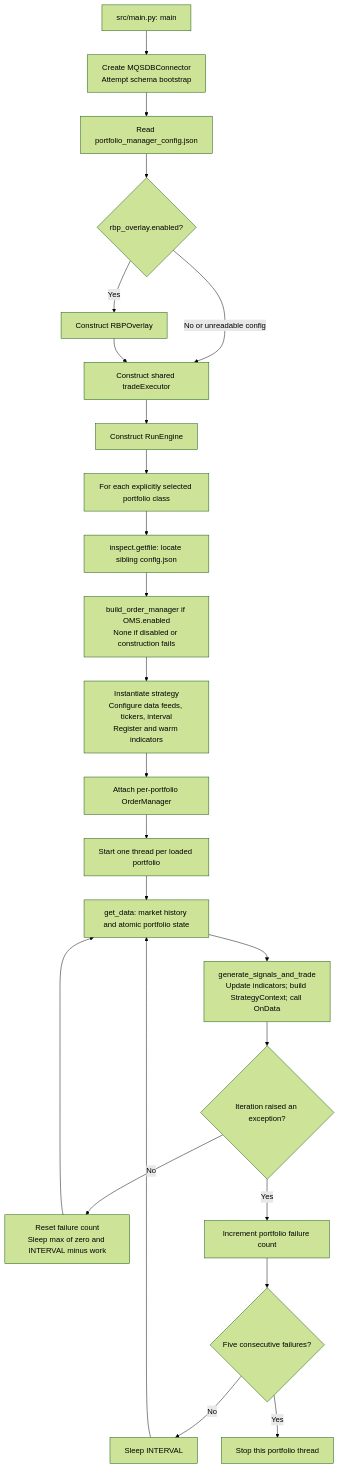
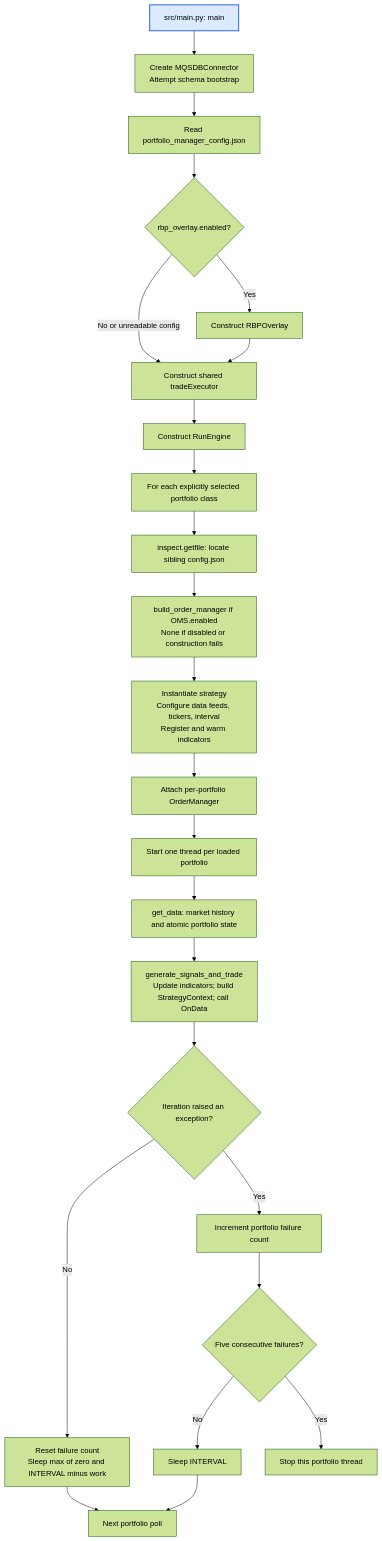
Before and after one commit to MUNQuantSociety/MQSMaster: the first of 2 diagrams in docs/workflows/live-trading-workflow_detailed.md, drawn with Mermaid (forest theme). The commit also changed other lines of this file and 12 other files, not shown here.

Commit message:
docs: make workflow diagrams top-down hierarchies

````diff
--- a/docs/workflows/live-trading-workflow_detailed.md
+++ b/docs/workflows/live-trading-workflow_detailed.md
@@ -9,26 +9,27 @@
 ```mermaid
 flowchart TD
     MAIN["src/main.py: main"] --> DB["Create MQSDBConnector<br/>Attempt schema bootstrap"]
     DB --> CFG["Read portfolio_manager_config.json"]
     CFG --> OVERLAY{"rbp_overlay.enabled?"}
     OVERLAY -->|Yes| RBP["Construct RBPOverlay"]
     OVERLAY -->|No or unreadable config| EXEC["Construct shared tradeExecutor"]
     RBP --> EXEC
     EXEC --> ENGINE["Construct RunEngine"]
     ENGINE --> EACH["For each explicitly selected portfolio class"]
     EACH --> FILE["inspect.getfile: locate sibling config.json"]
     FILE --> OMS["build_order_manager if OMS.enabled<br/>None if disabled or construction fails"]
     OMS --> INIT["Instantiate strategy<br/>Configure data feeds, tickers, interval<br/>Register and warm indicators"]
     INIT --> ATTACH["Attach per-portfolio OrderManager"]
     ATTACH --> THREAD["Start one thread per loaded portfolio"]
     THREAD --> DATA["get_data: market history and atomic portfolio state"]
     DATA --> STEP["generate_signals_and_trade<br/>Update indicators; build StrategyContext; call OnData"]
     STEP --> OK{"Iteration raised an exception?"}
     OK -->|No| RESET["Reset failure count<br/>Sleep max of zero and INTERVAL minus work"]
-    RESET --> DATA
+    RESET --> NEXT["Next portfolio poll"]
     OK -->|Yes| ERR["Increment portfolio failure count"]
     ERR --> LIMIT{"Five consecutive failures?"}
     LIMIT -->|No| WAIT["Sleep INTERVAL"]
-    WAIT --> DATA
+    WAIT --> NEXT
     LIMIT -->|Yes| STOP["Stop this portfolio thread"]
+    style MAIN fill:#dbeafe,stroke:#2563eb,stroke-width:2px
 ```
````
